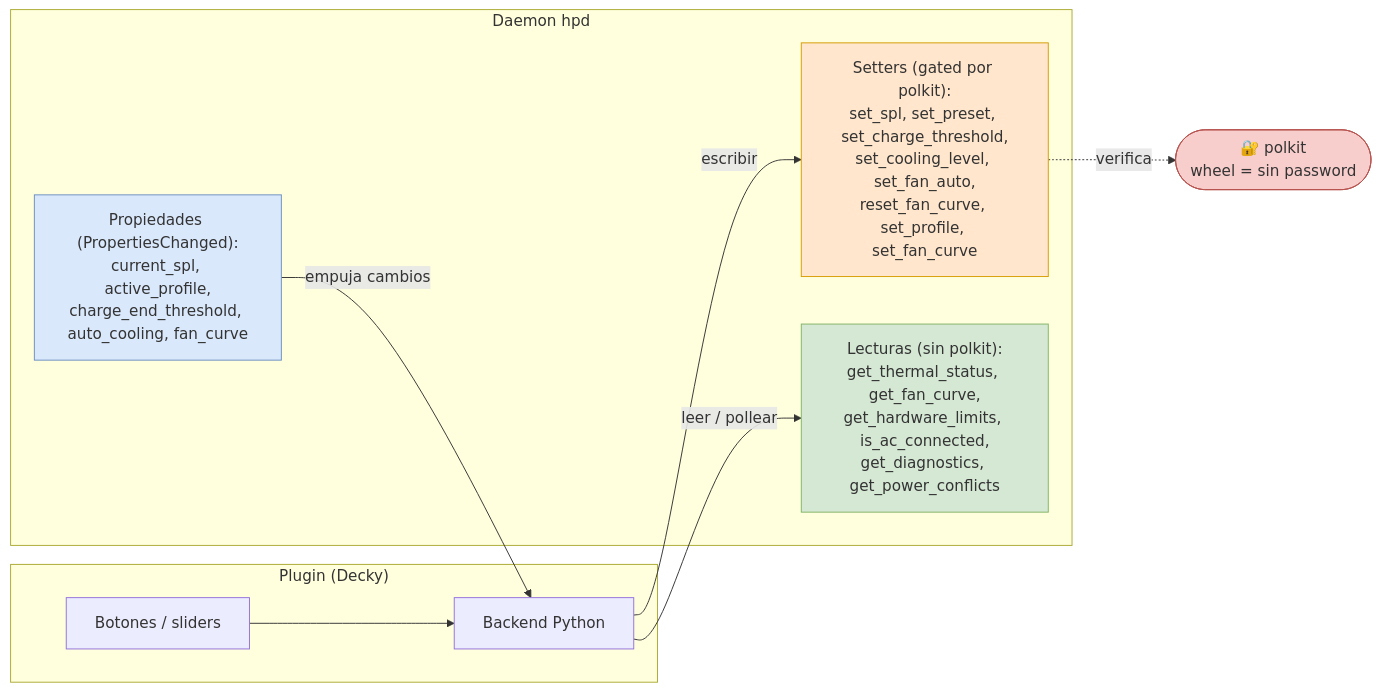
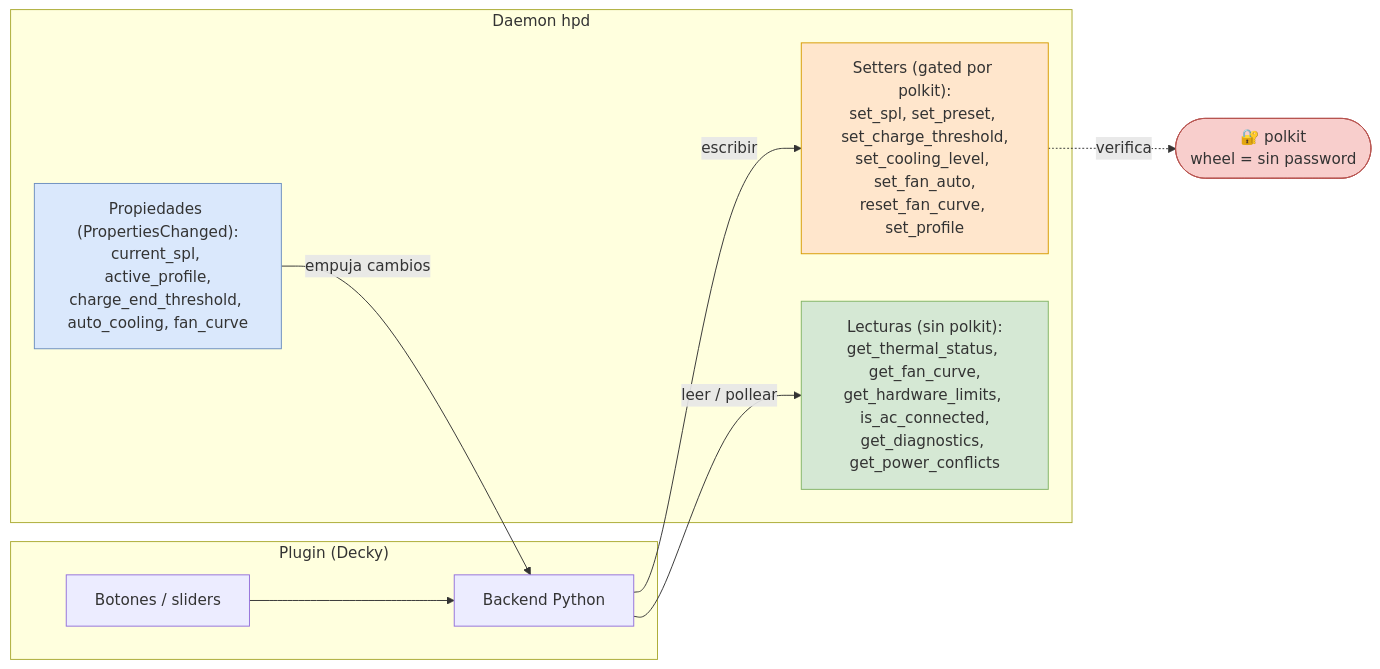
Before and after one commit to CiroDev-Git/hpd-handheld-power-daemon: the tenth of 17 diagrams in docs/DIAGRAMS-es.md, drawn with Mermaid. The commit also changed 14 other files, not shown here.

````diff
--- a/docs/DIAGRAMS-es.md
+++ b/docs/DIAGRAMS-es.md
@@ -253,24 +253,24 @@
 ```mermaid
 flowchart LR
     subgraph PLUGIN["Plugin (Decky)"]
         FEc["Botones / sliders"]
         PYc["Backend Python"]
     end
     subgraph DAEMON["Daemon hpd"]
-        SET["Setters (gated por polkit):<br/>set_spl, set_preset, set_charge_threshold,<br/>set_cooling_level, set_fan_auto,<br/>reset_fan_curve, set_profile, set_fan_curve"]
+        SET["Setters (gated por polkit):<br/>set_spl, set_preset, set_charge_threshold,<br/>set_cooling_level, set_fan_auto,<br/>reset_fan_curve, set_profile"]
         GET["Lecturas (sin polkit):<br/>get_thermal_status, get_fan_curve,<br/>get_hardware_limits, is_ac_connected,<br/>get_diagnostics, get_power_conflicts"]
         PROP["Propiedades (PropertiesChanged):<br/>current_spl, active_profile,<br/>charge_end_threshold, auto_cooling, fan_curve"]
     end
     POLKIT(["🔐 polkit<br/>wheel = sin password"])
 
     FEc --> PYc
     PYc -->|"escribir"| SET
     SET -.->|"verifica"| POLKIT
     PYc -->|"leer / pollear"| GET
     PROP -->|"empuja cambios"| PYc
 
     style SET fill:#ffe6cc,stroke:#d79b00
     style GET fill:#d5e8d4,stroke:#82b366
     style PROP fill:#dae8fc,stroke:#6c8ebf
     style POLKIT fill:#f8cecc,stroke:#b85450
 ```
````
